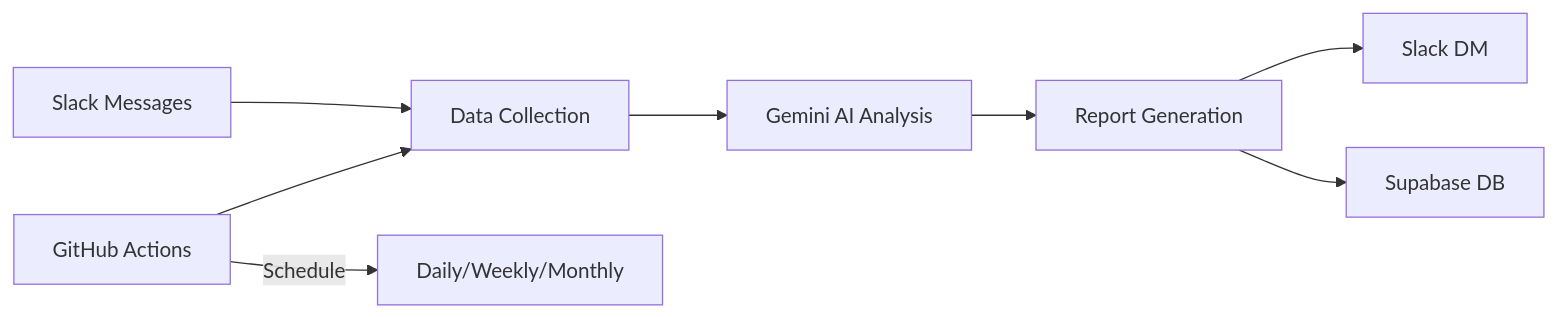
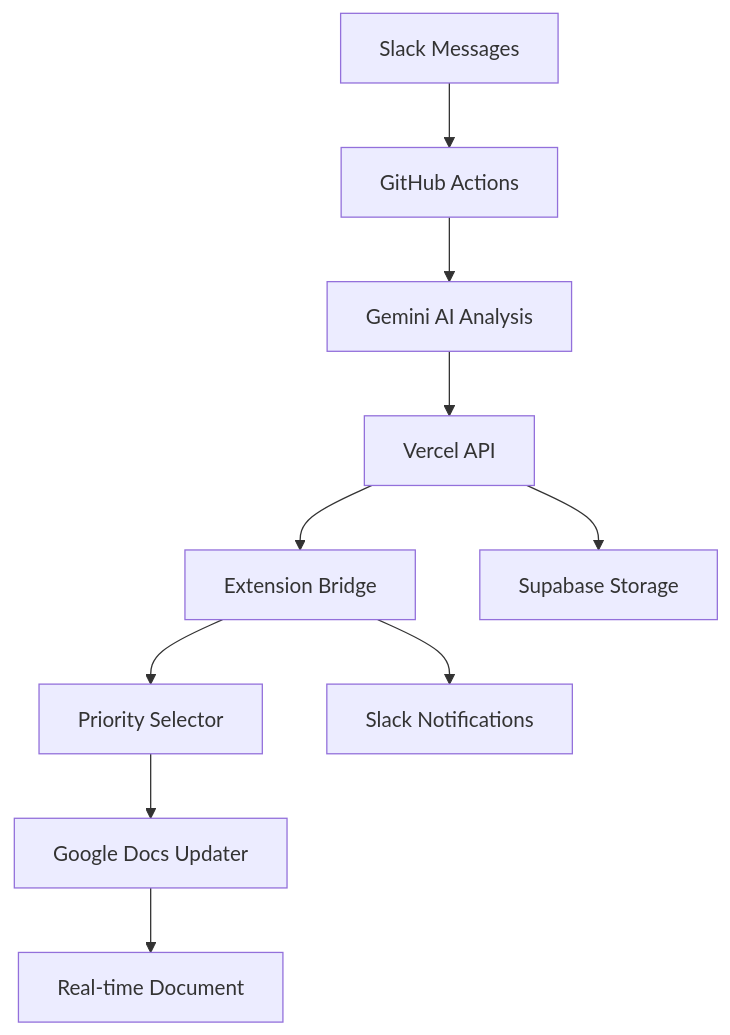
Before and after one commit to garimto81/slack-report-automation: the diagram in README.md, drawn with Mermaid. The commit also changed other lines of this file, not shown here.

````diff
--- a/README.md
+++ b/README.md
@@ -72,11 +28,13 @@
 ```mermaid
-graph LR
-    A[Slack Messages] --> B[Data Collection]
+graph TB
+    A[Slack Messages] --> B[GitHub Actions]
     B --> C[Gemini AI Analysis]
-    C --> D[Report Generation]
-    D --> E[Slack DM]
-    D --> F[Supabase DB]
+    C --> D[Vercel API]
+    D --> E[Extension Bridge]
+    E --> F[Priority Selector]
+    F --> G[Google Docs Updater]
+    G --> H[Real-time Document]
     
-    G[GitHub Actions] --> B
-    G --> |Schedule| H[Daily/Weekly/Monthly]
+    D --> I[Supabase Storage]
+    E --> J[Slack Notifications]
 ```
````
